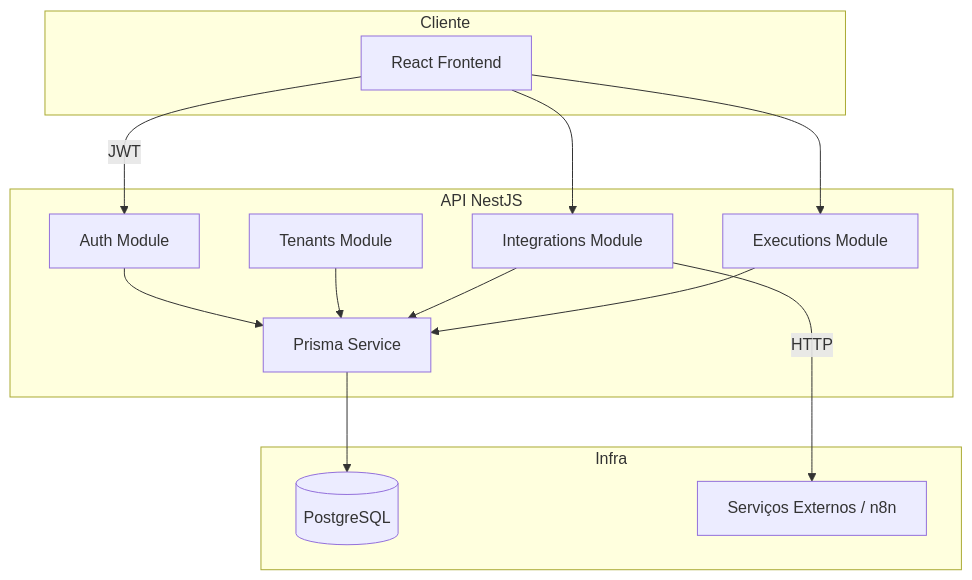
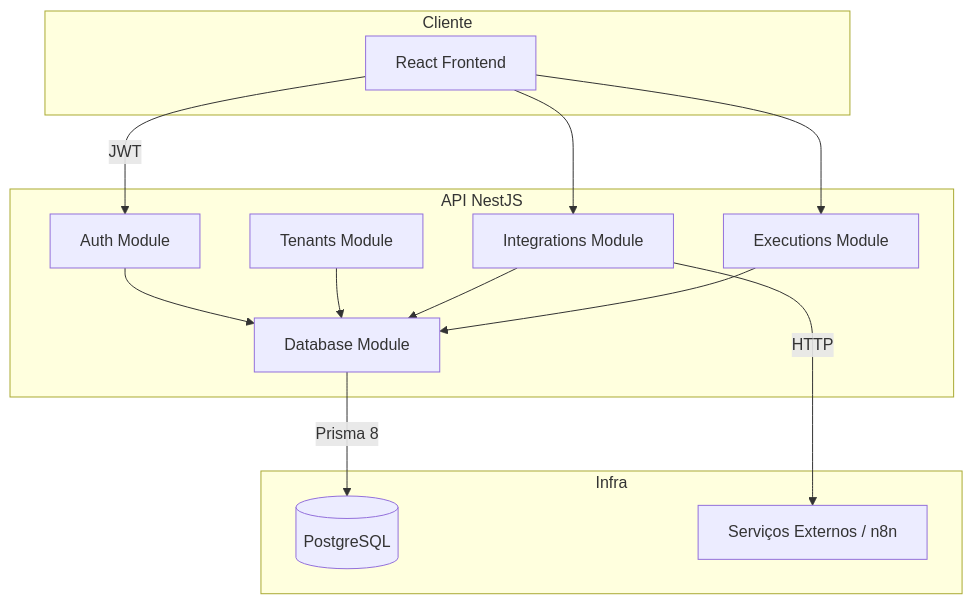
One commit to OSenhorD/commandix-poc changed the first of 2 diagrams in docs/spec/03-arquitetura.md. Above: the diagram before and after it, drawn with Mermaid. The commit also changed other lines of this file and 140 other files, not shown here.

````diff
--- a/docs/spec/03-arquitetura.md
+++ b/docs/spec/03-arquitetura.md
@@ -7,29 +7,29 @@
 ```mermaid
 flowchart TB
     subgraph client [Cliente]
         FE[React Frontend]
     end
 
     subgraph api [API NestJS]
         AUTH[Auth Module]
         TEN[Tenants Module]
         INT[Integrations Module]
         EXEC[Executions Module]
-        PRISMA[Prisma Service]
+        DB[Database Module]
     end
 
     subgraph infra [Infra]
         PG[(PostgreSQL)]
         EXT[Serviços Externos / n8n]
     end
 
     FE -->|JWT| AUTH
     FE --> INT
     FE --> EXEC
-    AUTH --> PRISMA
-    TEN --> PRISMA
-    INT --> PRISMA
-    EXEC --> PRISMA
+    AUTH --> DB
+    TEN --> DB
+    INT --> DB
+    EXEC --> DB
     INT -->|HTTP| EXT
-    PRISMA --> PG
+    DB -->|Prisma 8| PG
 ```
````
